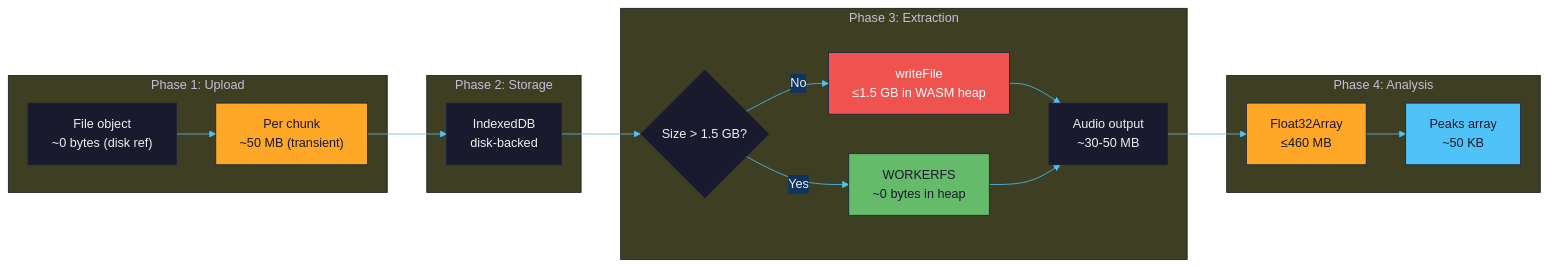
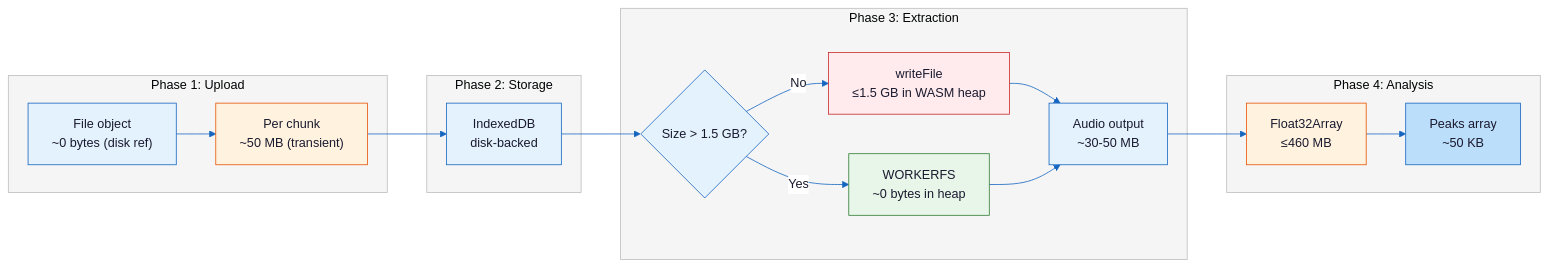
One commit to gjovanov/audio-waveform changed the diagram in docs/diagrams/07-memory-strategy.mmd. Above: the diagram before and after it, drawn with Mermaid. The commit also changed 13 other files, not shown here.

First line of the commit message:
Re-render diagrams with light/neutral theme for Medium compatibility

```diff
--- a/docs/diagrams/07-memory-strategy.mmd
+++ b/docs/diagrams/07-memory-strategy.mmd
@@ -1,34 +1,34 @@
-%%{init: {'theme': 'base', 'themeVariables': {'primaryColor': '#1a1a2e', 'primaryTextColor': '#eee', 'primaryBorderColor': '#16213e', 'lineColor': '#4fc3f7', 'secondaryColor': '#0f3460'}}}%%
+%%{init: {'theme': 'base', 'themeVariables': {'primaryColor': '#e3f2fd', 'primaryTextColor': '#1a1a2e', 'primaryBorderColor': '#1565c0', 'lineColor': '#1565c0', 'secondaryColor': '#fff3e0', 'background': '#ffffff', 'nodeBorder': '#1565c0', 'clusterBkg': '#f5f5f5', 'clusterBorder': '#bdbdbd', 'edgeLabelBackground': '#ffffff'}}}%%
 graph LR
     subgraph Upload["Phase 1: Upload"]
         U1["File object<br/>~0 bytes (disk ref)"]
         U2["Per chunk<br/>~50 MB (transient)"]
     end
 
     subgraph Store["Phase 2: Storage"]
         S1["IndexedDB<br/>disk-backed"]
     end
 
     subgraph Extract["Phase 3: Extraction"]
         E1{"Size > 1.5 GB?"}
         E2["writeFile<br/>≤1.5 GB in WASM heap"]
         E3["WORKERFS<br/>~0 bytes in heap"]
         E4["Audio output<br/>~30-50 MB"]
     end
 
     subgraph Analyze["Phase 4: Analysis"]
         A1["Float32Array<br/>≤460 MB"]
         A2["Peaks array<br/>~50 KB"]
     end
 
     U1 --> U2 --> S1
     S1 --> E1
     E1 -->|"No"| E2 --> E4
     E1 -->|"Yes"| E3 --> E4
     E4 --> A1 --> A2
 
-    style U2 fill:#ffa726,color:#1a1a2e
-    style E2 fill:#ef5350,color:#fff
-    style E3 fill:#66bb6a,color:#1a1a2e
-    style A1 fill:#ffa726,color:#1a1a2e
-    style A2 fill:#4fc3f7,color:#1a1a2e
+    style U2 fill:#fff3e0,stroke:#e65100,color:#1a1a2e
+    style E2 fill:#ffebee,stroke:#c62828,color:#1a1a2e
+    style E3 fill:#e8f5e9,stroke:#2e7d32,color:#1a1a2e
+    style A1 fill:#fff3e0,stroke:#e65100,color:#1a1a2e
+    style A2 fill:#bbdefb,stroke:#1565c0,color:#1a1a2e
```
